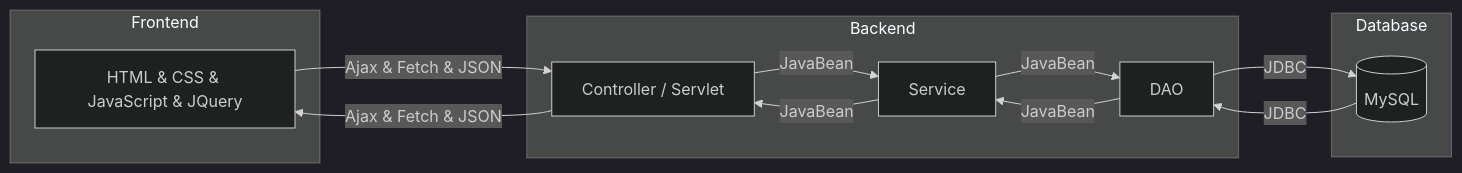
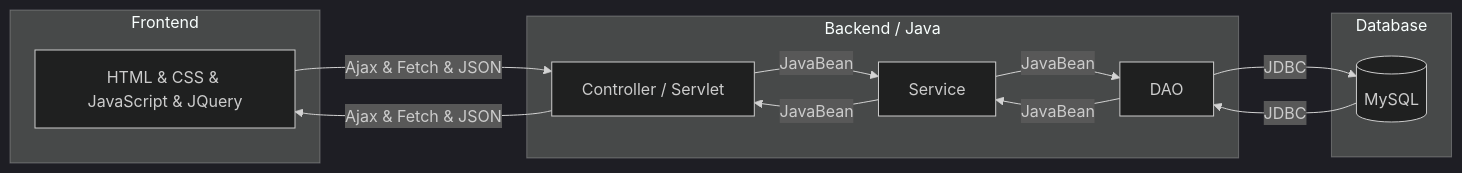
One commit to TLexYuW/CGA103G1OwnPart changed the first of 5 diagrams in README.md. Above: the diagram before and after it, drawn with Mermaid (dark theme).

Commit message:
LexVaultBackup: 2022-09-10 10:00:47
Affected files:
README.md

````diff
--- a/README.md
+++ b/README.md
@@ -18,26 +18,26 @@
 ```mermaid
 flowchart LR
 	W[HTML & CSS & JavaScript & JQuery]
 	Svl[Controller / Servlet]
 	S[Service]
 	M[DAO]
 	DB[(MySQL)]
 	
 	subgraph Database
 		DB
 	end
 	
-	subgraph Backend
+	subgraph Backend / Java
 		Svl
 		S
 		M
 	end
 	
 	subgraph Frontend
 		W
 	end
 	
 	W -->|Ajax & Fetch & JSON| Svl -->|JavaBean| S -->|JavaBean| M -->|JDBC| DB
 	
 	DB -->|JDBC| M -->|JavaBean| S -->|JavaBean| Svl -->|Ajax & Fetch & JSON| W
 ```
````
